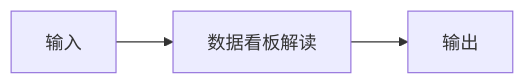
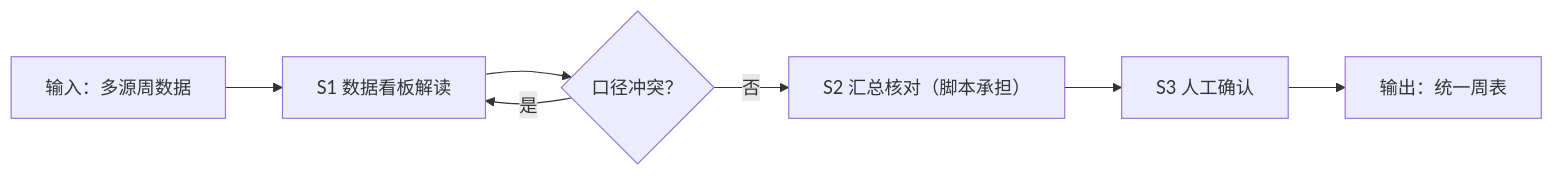
Before and after one commit to bangwozuo/data-recap-zh: the diagram in workflows/weekly-data-aggregate-flow/SKILL.md, drawn with Mermaid. The commit also changed other lines of this file and 57 other files, not shown here.

````diff
--- a/workflows/weekly-data-aggregate-flow/SKILL.md
+++ b/workflows/weekly-data-aggregate-flow/SKILL.md
@@ -26,8 +30,9 @@
 ```mermaid
 flowchart LR
-    IN["输入"]
-    S1["数据看板解读"]
-    OUT["输出"]
-    IN --> S1
-    S1 --> OUT
+    IN["输入：多源周数据"] --> S1["S1 数据看板解读"]
+    S1 --> Q1{"口径冲突？"}
+    Q1 -- 是 --> S1
+    Q1 -- 否 --> S2["S2 汇总核对（脚本承担）"]
+    S2 --> S3["S3 人工确认"]
+    S3 --> OUT["输出：统一周表"]
 ```
````
